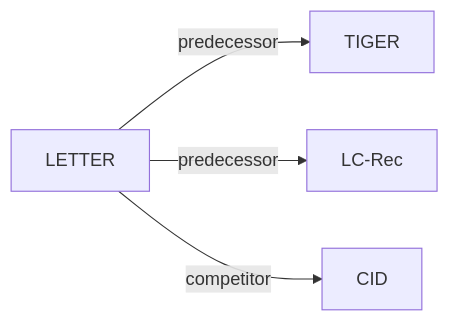
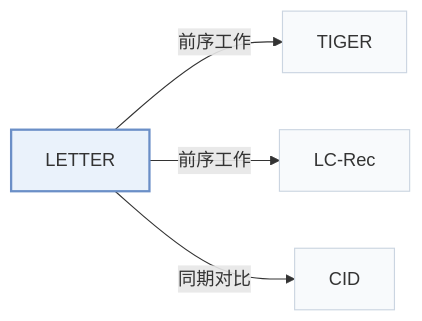
The third of 3 diagrams in pages/zh/papers/letter.md (Galaxy-ghost/Awesome-SID-Generative-Rec), drawn with Mermaid before and after one commit. The commit also changed other lines of this file and 649 other files, not shown here.

Commit message:
writer-05: also tags and modality index (schema, check, build, visuals); summary field removed; calibration data for 12 papers

````diff
--- a/pages/zh/papers/letter.md
+++ b/pages/zh/papers/letter.md
@@ -149,7 +160,11 @@
 ```mermaid
 flowchart LR
     P["LETTER"]
-    P -->|predecessor| A["TIGER"]
-    P -->|predecessor| B["LC-Rec"]
-    P -->|competitor| C["CID"]
+    P -->|"前序工作"| A["TIGER"]
+    P -->|"前序工作"| B["LC-Rec"]
+    P -->|"同期对比"| C["CID"]
+    classDef main fill:#eaf2fb,stroke:#6b8fc7,stroke-width:2px
+    classDef peer fill:#f8fafc,stroke:#cbd5e1
+    class P main
+    class A,B,C peer
 ```
````
